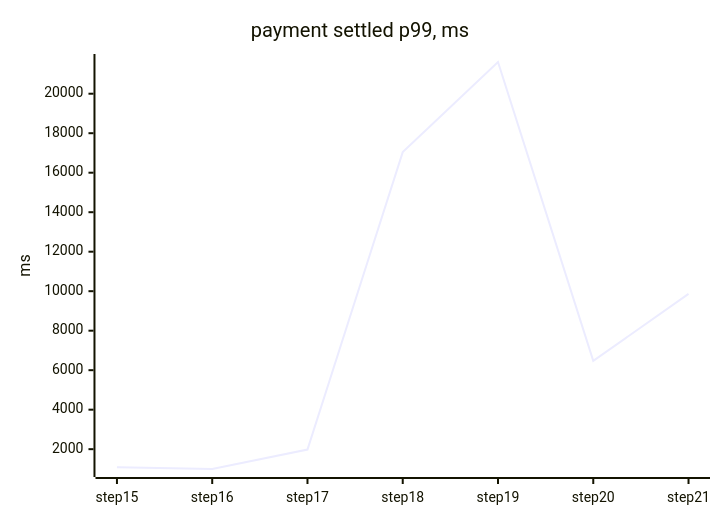
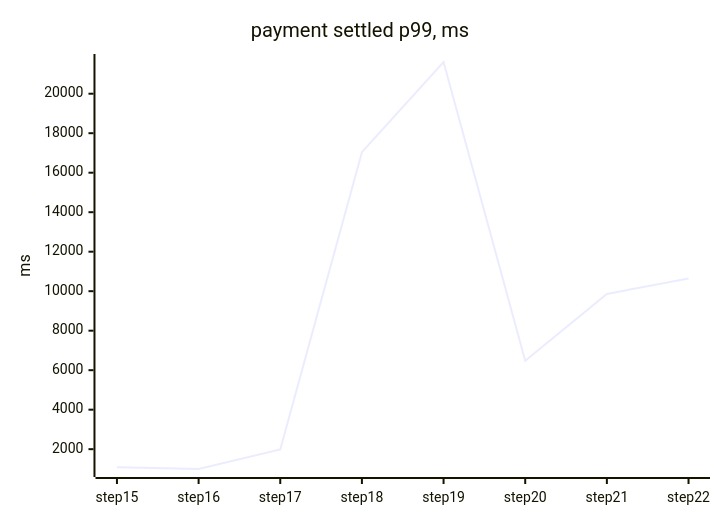
The fourth of 4 diagrams in docs/perf/README.md (tanvoid0/ledgerflow), drawn with Mermaid before and after one commit. The commit also changed other lines of this file and 4 other files, not shown here.

````diff
--- a/docs/perf/README.md
+++ b/docs/perf/README.md
@@ -99,7 +102,7 @@
 ```mermaid
 xychart-beta
     title "payment settled p99, ms"
-    x-axis ["step15", "step16", "step17", "step18", "step19", "step20", "step21"]
+    x-axis ["step15", "step16", "step17", "step18", "step19", "step20", "step21", "step22"]
     y-axis "ms"
-    line [1088, 996, 1982, 17042, 21606, 6472, 9862]
+    line [1088, 996, 1982, 17042, 21606, 6472, 9862, 10643]
 ```
````
